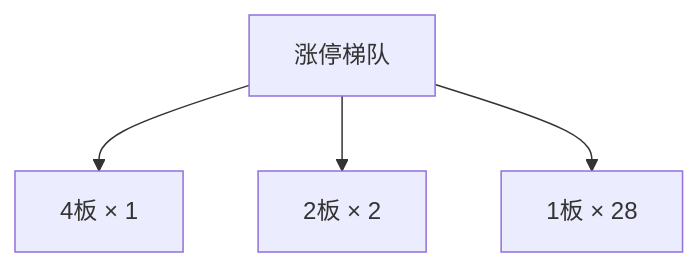
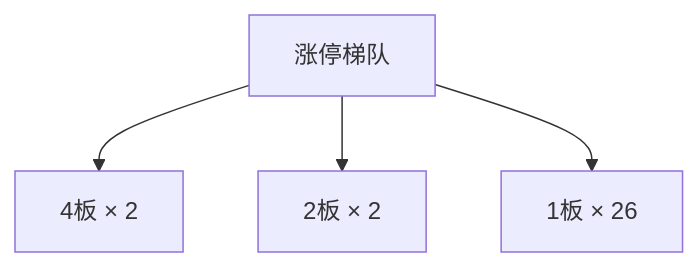
The second of 3 diagrams in content/投研交易/盘中分析/20261120.md (chenyang1999/chzl-kg), drawn with Mermaid before and after one commit. The commit also changed other lines of this file and 10 other files, not shown here.

````diff
--- a/content/投研交易/盘中分析/20261120.md
+++ b/content/投研交易/盘中分析/20261120.md
@@ -65,10 +65,10 @@
 ```mermaid
 flowchart TD
-    B_0["4板 × 1"]
+    B_0["4板 × 2"]
     B_1["2板 × 2"]
-    B_2["1板 × 28"]
+    B_2["1板 × 26"]
     ROOT["涨停梯队"]
     ROOT --> B_0
     ROOT --> B_1
     ROOT --> B_2
 ```
````
